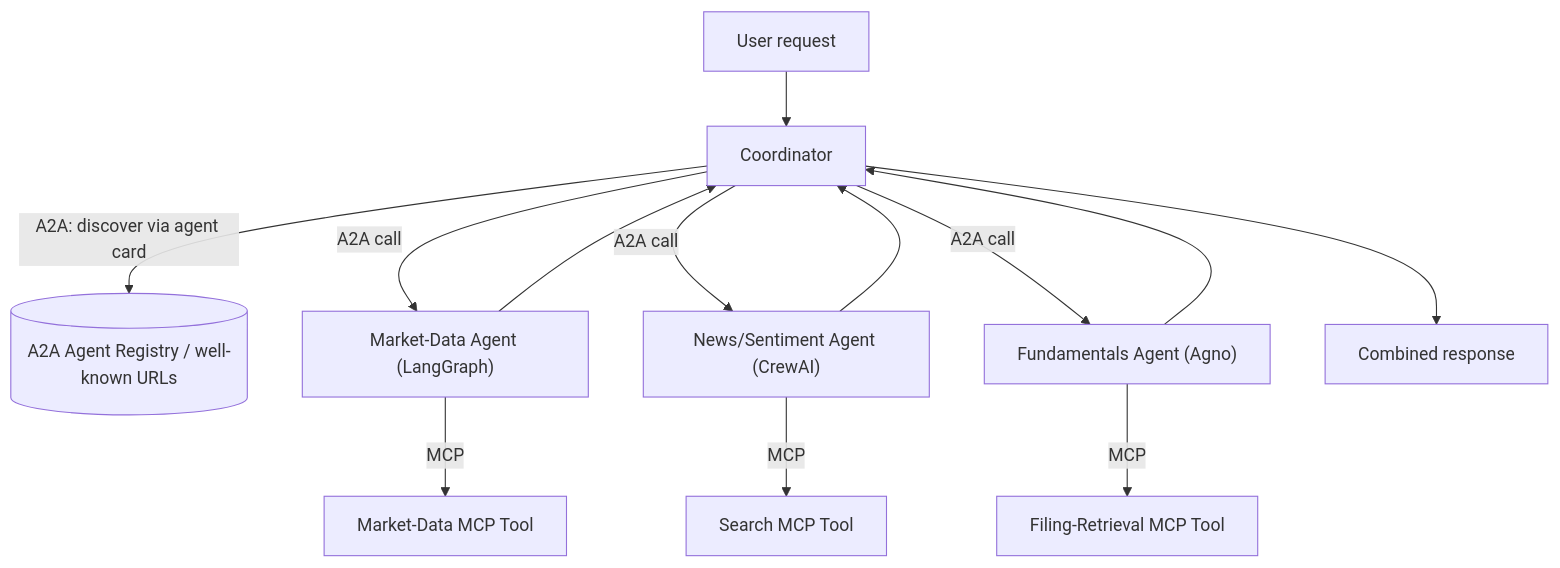
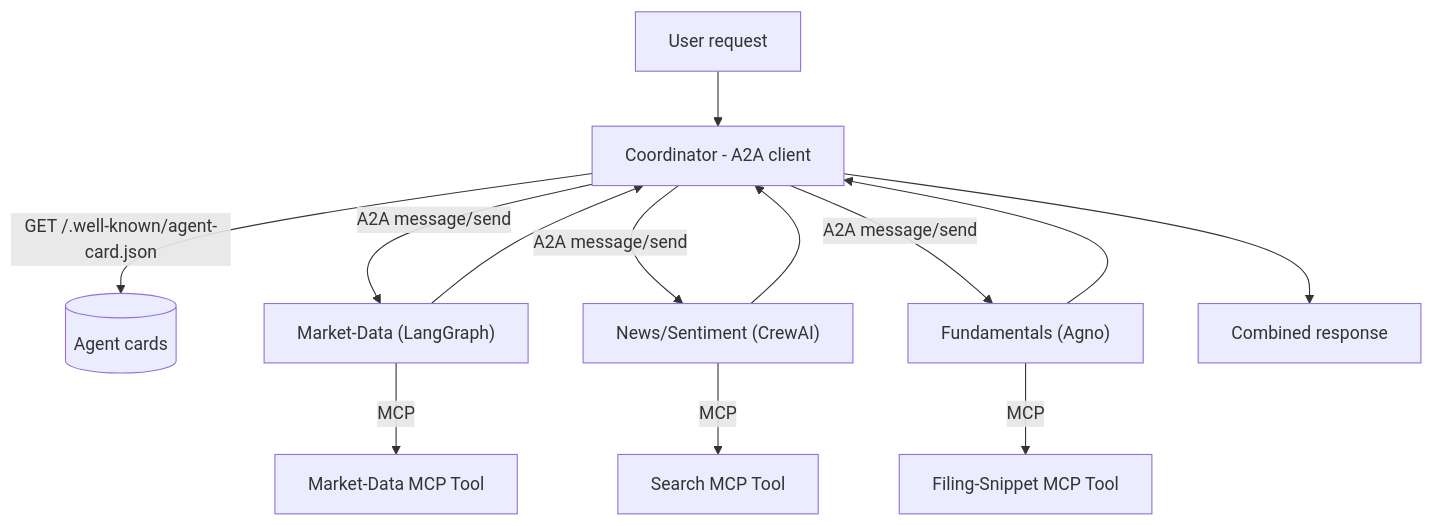
One commit to shrey1409/Multiple-AI-Agents-Projects changed the diagram in projects/08-a2a-multi-framework-network/PLAN.md. Above: the diagram before and after it, drawn with Mermaid. The commit also changed other lines of this file and 11 other files, not shown here.

````diff
--- a/projects/08-a2a-multi-framework-network/PLAN.md
+++ b/projects/08-a2a-multi-framework-network/PLAN.md
@@ -17,15 +17,15 @@
 ```mermaid
 flowchart TD
-    U[User request] --> COORD[Coordinator]
-    COORD -->|A2A: discover via agent card| REG[(A2A Agent Registry / well-known URLs)]
-    COORD -->|A2A call| MD["Market-Data Agent (LangGraph)"]
-    COORD -->|A2A call| NS["News/Sentiment Agent (CrewAI)"]
-    COORD -->|A2A call| FR["Fundamentals Agent (Agno)"]
+    U[User request] --> COORD[Coordinator - A2A client]
+    COORD -->|GET /.well-known/agent-card.json| CARDS[(Agent cards)]
+    COORD -->|A2A message/send| MD["Market-Data (LangGraph)"]
+    COORD -->|A2A message/send| NS["News/Sentiment (CrewAI)"]
+    COORD -->|A2A message/send| FR["Fundamentals (Agno)"]
     MD -->|MCP| MDT[Market-Data MCP Tool]
     NS -->|MCP| NST[Search MCP Tool]
-    FR -->|MCP| FRT[Filing-Retrieval MCP Tool]
+    FR -->|MCP| FRT[Filing-Snippet MCP Tool]
     MD --> COORD
     NS --> COORD
     FR --> COORD
     COORD --> OUT[Combined response]
 ```
````
